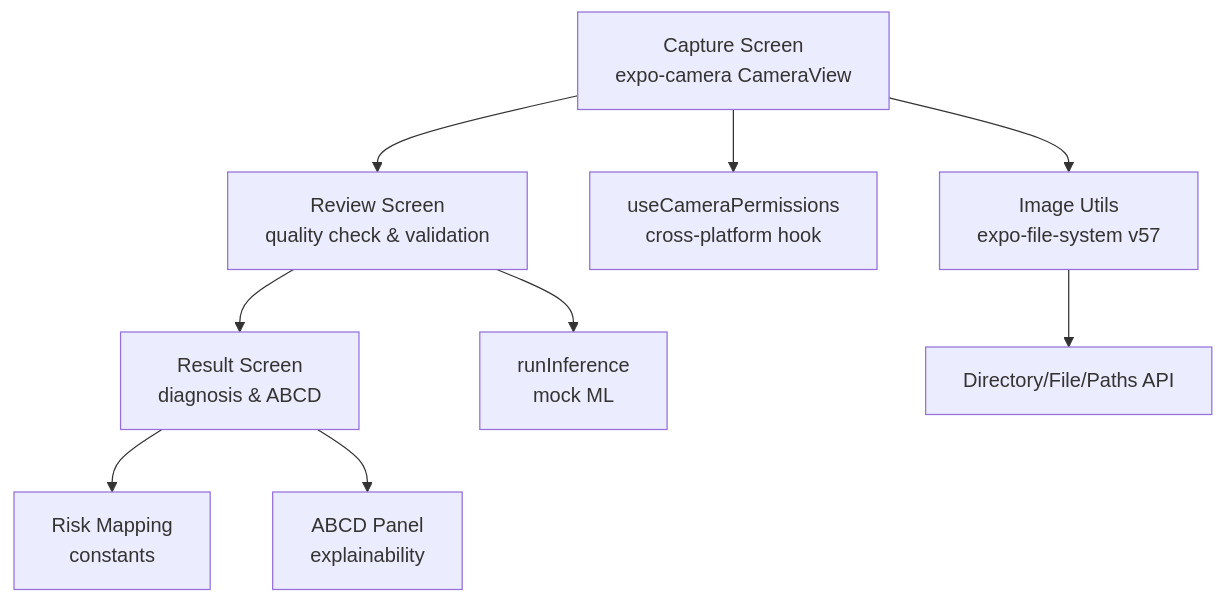
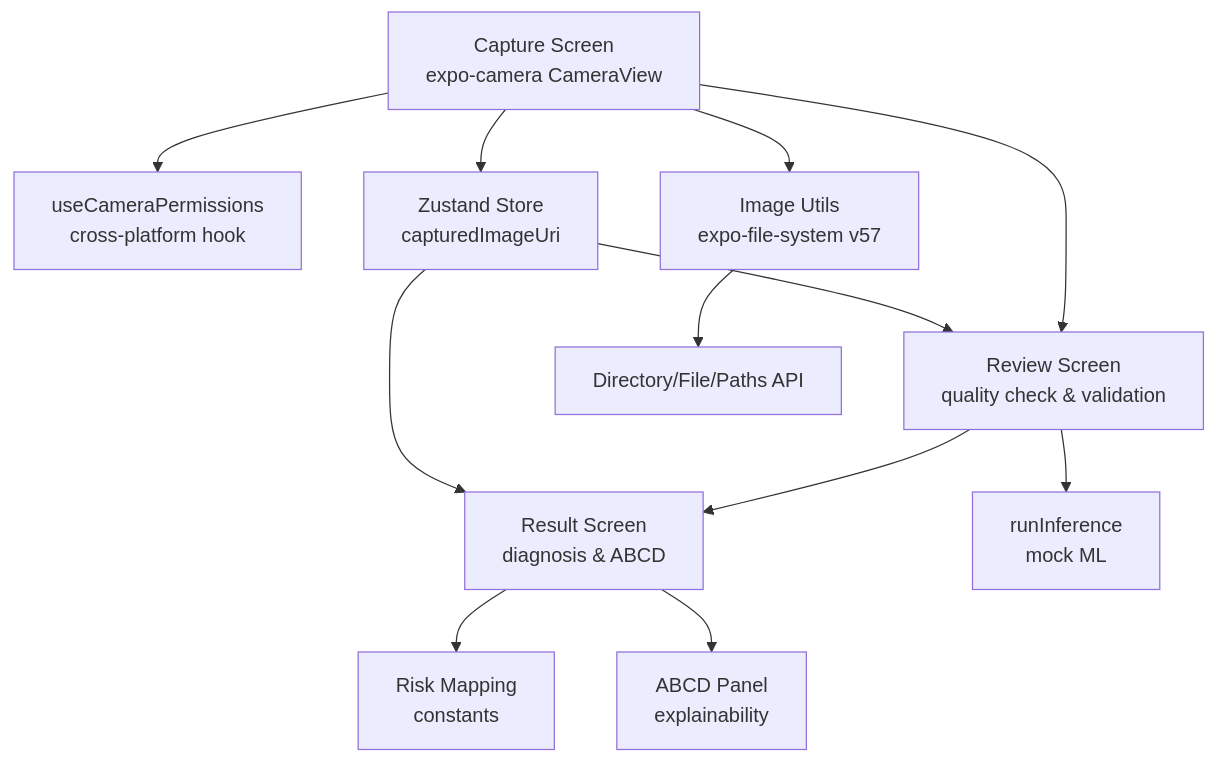
The first of 9 diagrams in .qoder/repowiki/en/content/Camera Integration.md (AdeelTahir-SE/DermSight), drawn with Mermaid before and after one commit. The commit also changed other lines of this file and 43 other files, not shown here.

````diff
--- a/.qoder/repowiki/en/content/Camera Integration.md
+++ b/.qoder/repowiki/en/content/Camera Integration.md
@@ -50,11 +53,14 @@
 ```mermaid
 graph TB
 Capture["Capture Screen<br/>expo-camera CameraView"] --> Review["Review Screen<br/>quality check & validation"]
 Review --> Result["Result Screen<br/>diagnosis & ABCD"]
 Capture --> Permissions["useCameraPermissions<br/>cross-platform hook"]
 Review --> Inference["runInference<br/>mock ML"]
 Capture --> Images["Image Utils<br/>expo-file-system v57"]
 Result --> Risk["Risk Mapping<br/>constants"]
 Result --> ABCD["ABCD Panel<br/>explainability"]
 Images --> FileSystem["Directory/File/Paths API"]
+Capture --> Store["Zustand Store<br/>capturedImageUri"]
+Store --> Review
+Store --> Result
 ```
````
